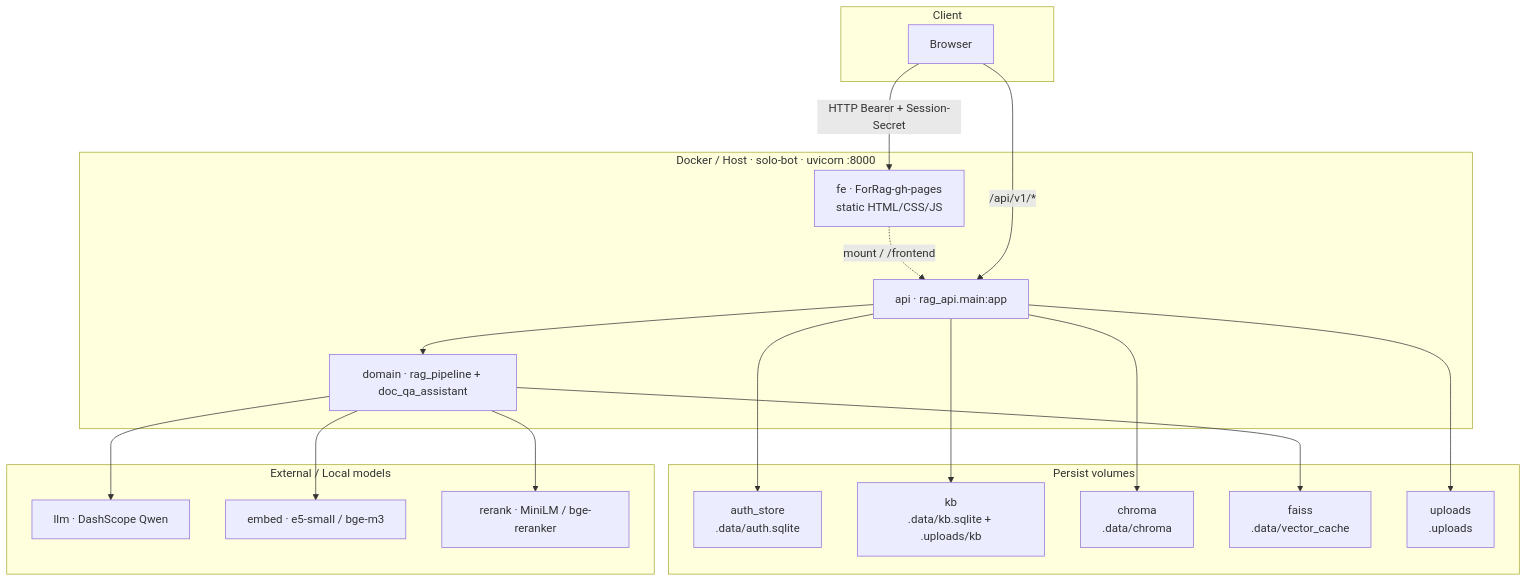
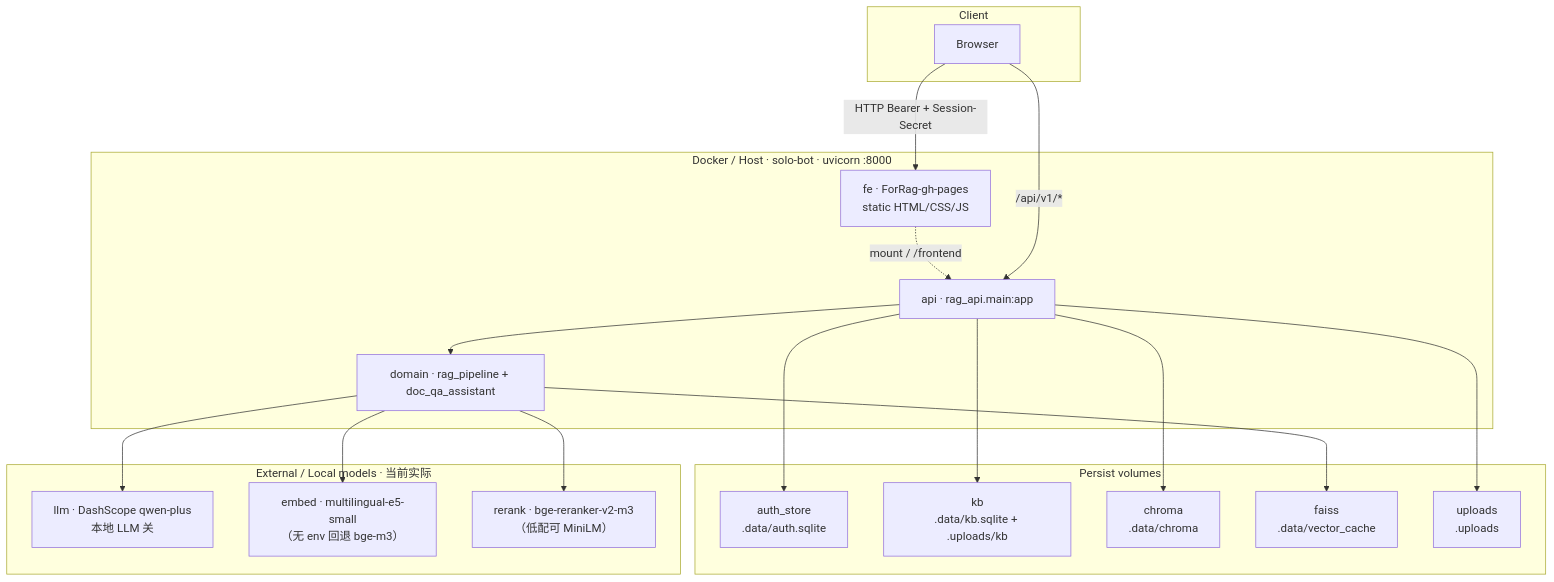
One commit to JinYue-star/ForRag changed the first of 7 diagrams in docs/architecture.md. Above: the diagram before and after it, drawn with Mermaid. The commit also changed other lines of this file and 94 other files, not shown here.

````diff
--- a/docs/architecture.md
+++ b/docs/architecture.md
@@ -207,39 +234,39 @@
 ```mermaid
 flowchart TB
   subgraph clients["Client"]
     Browser["Browser"]
   end
 
   subgraph process["Docker / Host · solo-bot · uvicorn :8000"]
     fe["fe · ForRag-gh-pages<br/>static HTML/CSS/JS"]
     api["api · rag_api.main:app"]
     domain["domain · rag_pipeline + doc_qa_assistant"]
     fe -.->|"mount / /frontend"| api
     api --> domain
   end
 
   subgraph volume["Persist volumes"]
     auth_store["auth_store<br/>.data/auth.sqlite"]
     kb["kb<br/>.data/kb.sqlite + .uploads/kb"]
     chroma["chroma<br/>.data/chroma"]
     faiss["faiss<br/>.data/vector_cache"]
     uploads["uploads<br/>.uploads"]
   end
 
-  subgraph external["External / Local models"]
-    llm["llm · DashScope Qwen"]
-    embed["embed · e5-small / bge-m3"]
-    rerank["rerank · MiniLM / bge-reranker"]
+  subgraph external["External / Local models · 当前实际"]
+    llm["llm · DashScope qwen-plus<br/>本地 LLM 关"]
+    embed["embed · multilingual-e5-small<br/>（无 env 回退 bge-m3）"]
+    rerank["rerank · bge-reranker-v2-m3<br/>（低配可 MiniLM）"]
   end
 
   Browser -->|"HTTP Bearer + Session-Secret"| fe
   Browser -->|"/api/v1/*"| api
   api --> auth_store
   api --> kb
   api --> chroma
   api --> uploads
   domain --> faiss
   domain --> llm
   domain --> embed
   domain --> rerank
 ```
````
